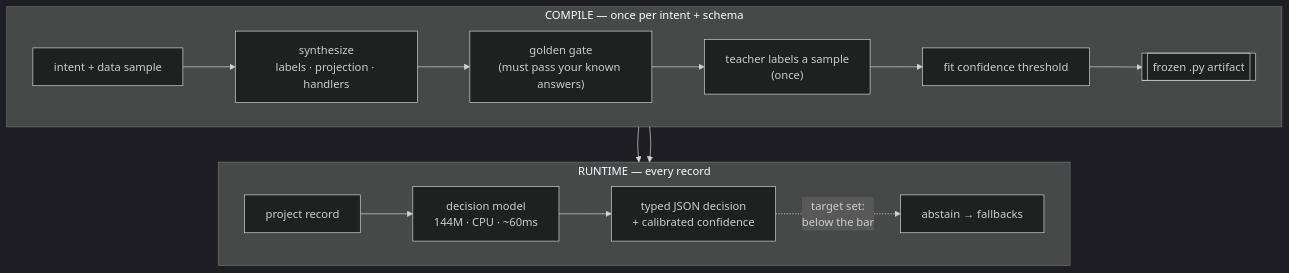
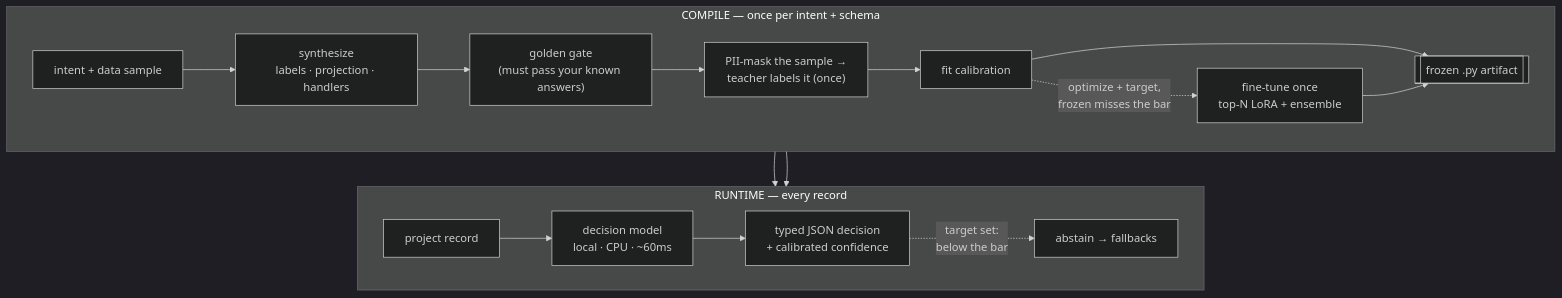
The diagram in README.md (strot-ai/STROT-Compiler), drawn with Mermaid (dark theme) before and after one commit. The commit also changed other lines of this file, not shown here.

````diff
--- a/README.md
+++ b/README.md
@@ -75,19 +75,21 @@
 ```mermaid
 flowchart TB
     subgraph compile["COMPILE — once per intent + schema"]
         direction LR
         A["intent + data sample"] --> B["synthesize<br/>labels · projection · handlers"]
         B --> C["golden gate<br/>(must pass your known answers)"]
-        C --> D["teacher labels a sample<br/>(once)"]
-        D --> E["fit confidence threshold"]
+        C --> D["PII-mask the sample →<br/>teacher labels it (once)"]
+        D --> E["fit calibration"]
+        E -.->|optimize + target,<br/>frozen misses the bar| J["fine-tune once<br/>top-N LoRA + ensemble"]
         E --> F[["frozen .py artifact"]]
+        J --> F
     end
     subgraph runtime["RUNTIME — every record"]
         direction LR
         F --> G["project record"]
-        G --> H["decision model<br/>144M · CPU · ~60ms"]
+        G --> H["decision model<br/>local · CPU · ~60ms"]
         H --> I["typed JSON decision<br/>+ calibrated confidence"]
         I -.->|target set:<br/>below the bar| K["abstain → fallbacks"]
     end
     compile --> runtime
 ```
````
